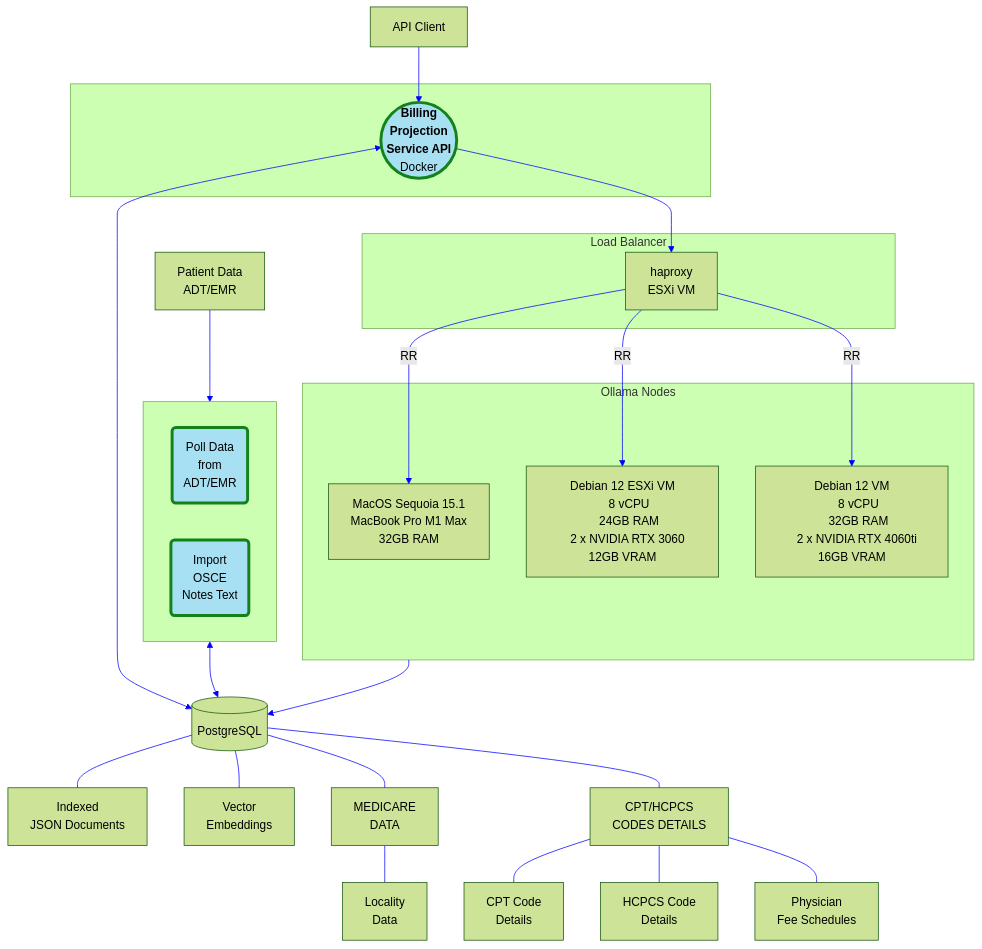
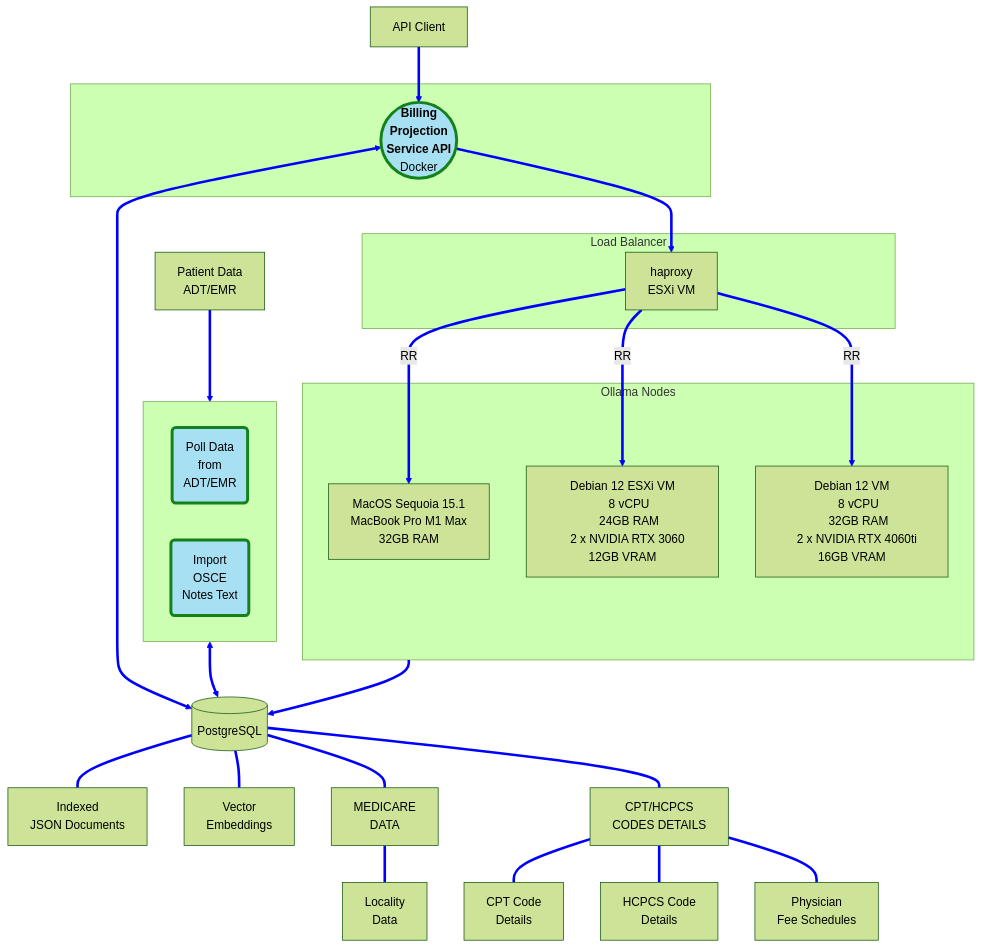
One commit to ovaisq/LLM-MedBillingForecast changed the first of 4 diagrams in README.md. Above: the diagram before and after it, drawn with Mermaid.

Commit message:
Update README.md
thicker lines for display clarity

````diff
--- a/README.md
+++ b/README.md
@@ -8,70 +8,70 @@
 ```mermaid
 %%{init: {'theme': 'forest','themeVariables': {'lineColor': 'Blue'}}}%%
 graph TD;
   style ZZ fill:#a7e0f2,stroke:#13821a,stroke-width:4px
   style DataPoll fill:#a7e0f2,stroke:#13821a,stroke-width:4px
   style Import fill:#a7e0f2,stroke:#13821a,stroke-width:4px
   Client["API Client"]
   PatientData["Patient Data
   ADT/EMR"]
   PSQL[("PostgreSQL")]
   subgraph DP[ ]
   DataPoll("Poll Data
   from
   ADT/EMR")
   Import("Import
   OSCE
   Notes Text")
   end
   subgraph Zollama[ ]
     ZZ(("`**Billing 
     Projection
     Service API**`"
     Docker ))
   end
   subgraph Load_Balancer["Load Balancer"]
     Nginx["haproxy
     ESXi VM"]
   end
   
   subgraph Nodes["Ollama Nodes"]
     Node1[MacOS Sequoia 15.1
     MacBook Pro M1 Max
     32GB RAM]
     Node2[Debian 12 ESXi VM
     8 vCPU
     24GB RAM
     2 x NVIDIA RTX 3060 12GB VRAM]
     Node3[Debian 12 VM
     8 vCPU
     32GB RAM
     2 x NVIDIA RTX 4060ti 16GB VRAM]
   end
   
-  Nginx -- RR --> Node1
-  Nginx -- RR --> Node2
-  Nginx -- RR --> Node3
-  ZZ --> Nginx
-  PatientData --> DP <--> PSQL
-  Client --> ZZ
-  Nodes --> PSQL
-  ZZ <--> PSQL
-  PSQL --- JSONB["
+  Nginx == RR ==> Node1
+  Nginx == RR ==> Node2
+  Nginx == RR ==> Node3
+  ZZ ==> Nginx
+  PatientData ==> DP <==> PSQL
+  Client ==> ZZ
+  Nodes ==> PSQL
+  ZZ <==> PSQL
+  PSQL === JSONB["
   Indexed
   JSON Documents"]
-  PSQL --- VECTOR["Vector 
+  PSQL === VECTOR["Vector 
   Embeddings"]
-  PSQL --- M["MEDICARE
+  PSQL === M["MEDICARE
   DATA"]
-  PSQL --- C["CPT/HCPCS
+  PSQL === C["CPT/HCPCS
   CODES DETAILS"]
-  M --- N["Locality
+  M === N["Locality
   Data"]
-  C --- CPT["CPT Code
+  C === CPT["CPT Code
   Details"]
-  C --- HCPCS["HCPCS Code
+  C === HCPCS["HCPCS Code
   Details"]
-  C --- P["Physician
+  C === P["Physician
   Fee Schedules"]
 
 ```
````
